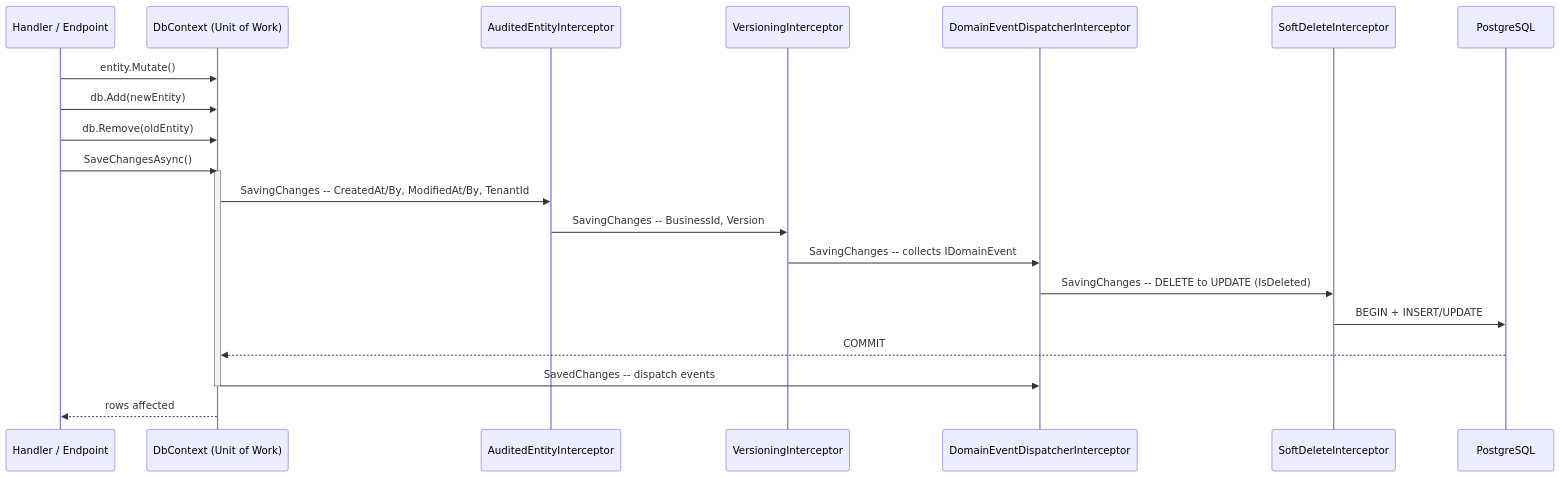
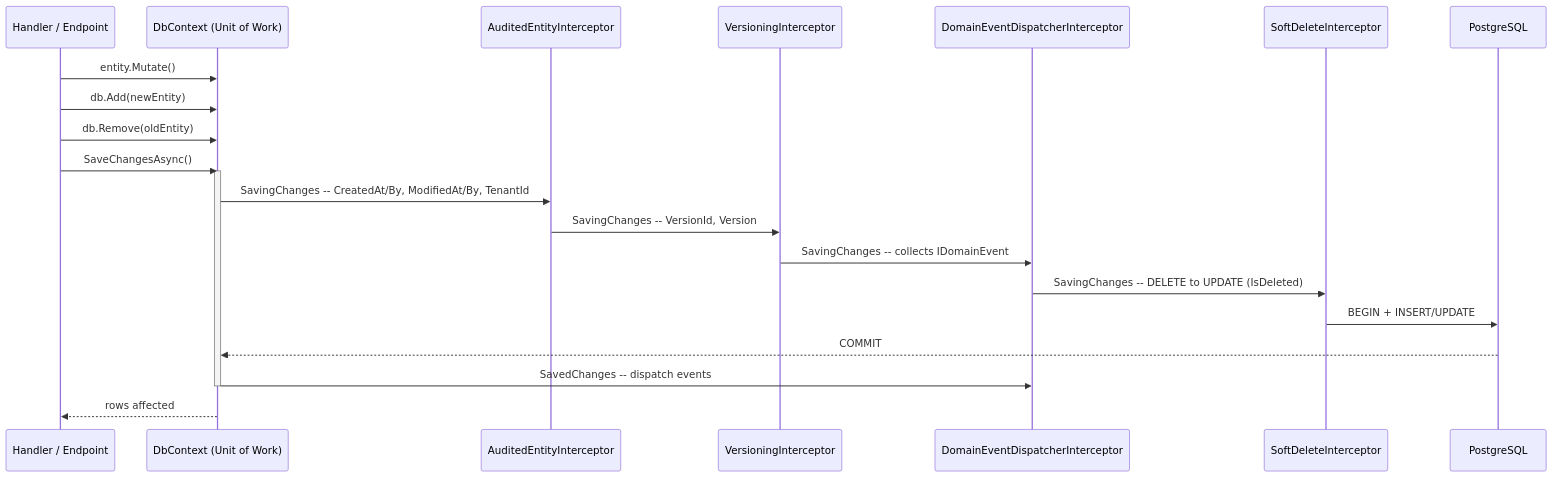
The diagram in docs-site/src/content/docs/dotnet/architecture/patterns/unit-of-work.md (granit-fx/granit-dotnet), drawn with Mermaid before and after one commit. The commit also changed other lines of this file and 16 other files, not shown here.

First line of the commit message:
refactor(workflow): migrate VersionedWorkflowEntity to AuditedAggregateRoot, rename BusinessId → VersionId (#460)

````diff
--- a/docs-site/src/content/docs/dotnet/architecture/patterns/unit-of-work.md
+++ b/docs-site/src/content/docs/dotnet/architecture/patterns/unit-of-work.md
@@ -18,26 +18,26 @@
 ```mermaid
 sequenceDiagram
     participant H as Handler / Endpoint
     participant DB as DbContext (Unit of Work)
     participant AI as AuditedEntityInterceptor
     participant VI as VersioningInterceptor
     participant DEI as DomainEventDispatcherInterceptor
     participant SDI as SoftDeleteInterceptor
     participant PG as PostgreSQL
 
     H->>DB: entity.Mutate()
     H->>DB: db.Add(newEntity)
     H->>DB: db.Remove(oldEntity)
     H->>DB: SaveChangesAsync()
 
     activate DB
     DB->>AI: SavingChanges -- CreatedAt/By, ModifiedAt/By, TenantId
-    AI->>VI: SavingChanges -- BusinessId, Version
+    AI->>VI: SavingChanges -- VersionId, Version
     VI->>DEI: SavingChanges -- collects IDomainEvent
     DEI->>SDI: SavingChanges -- DELETE to UPDATE (IsDeleted)
     SDI->>PG: BEGIN + INSERT/UPDATE
     PG-->>DB: COMMIT
     DB->>DEI: SavedChanges -- dispatch events
     deactivate DB
     DB-->>H: rows affected
 ```
````
